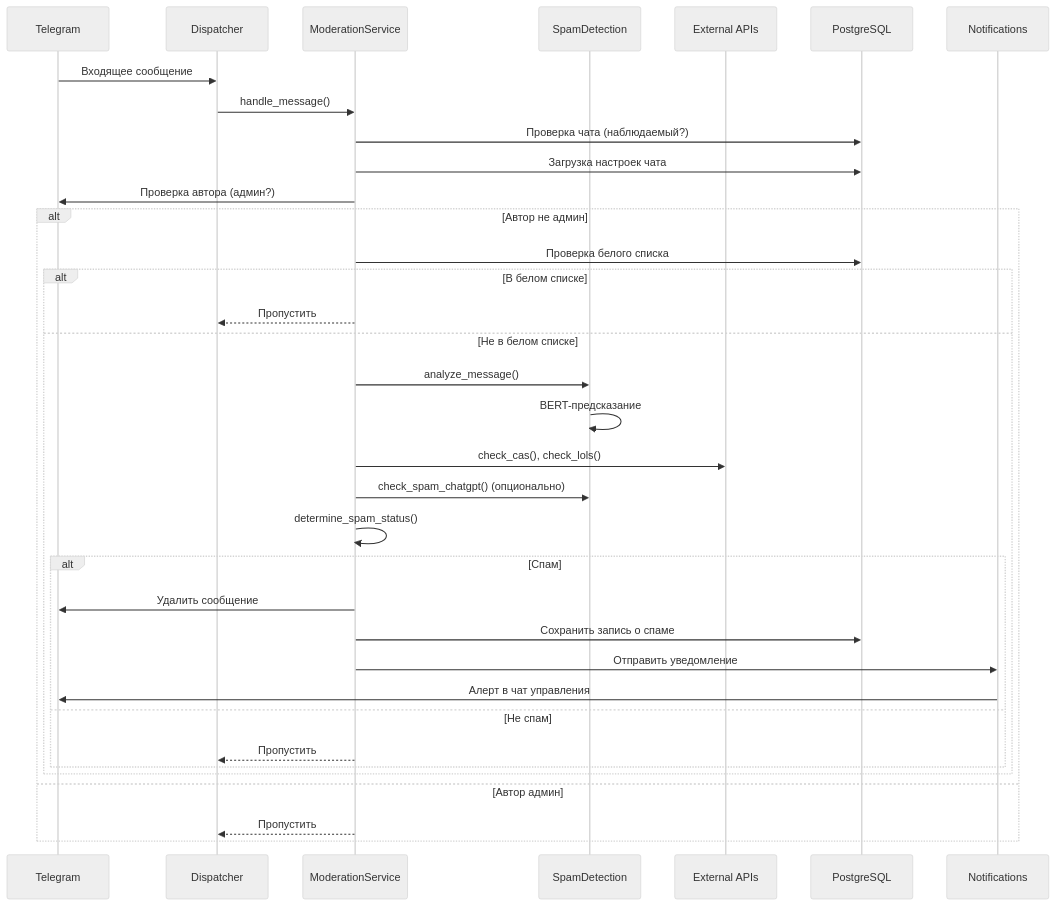
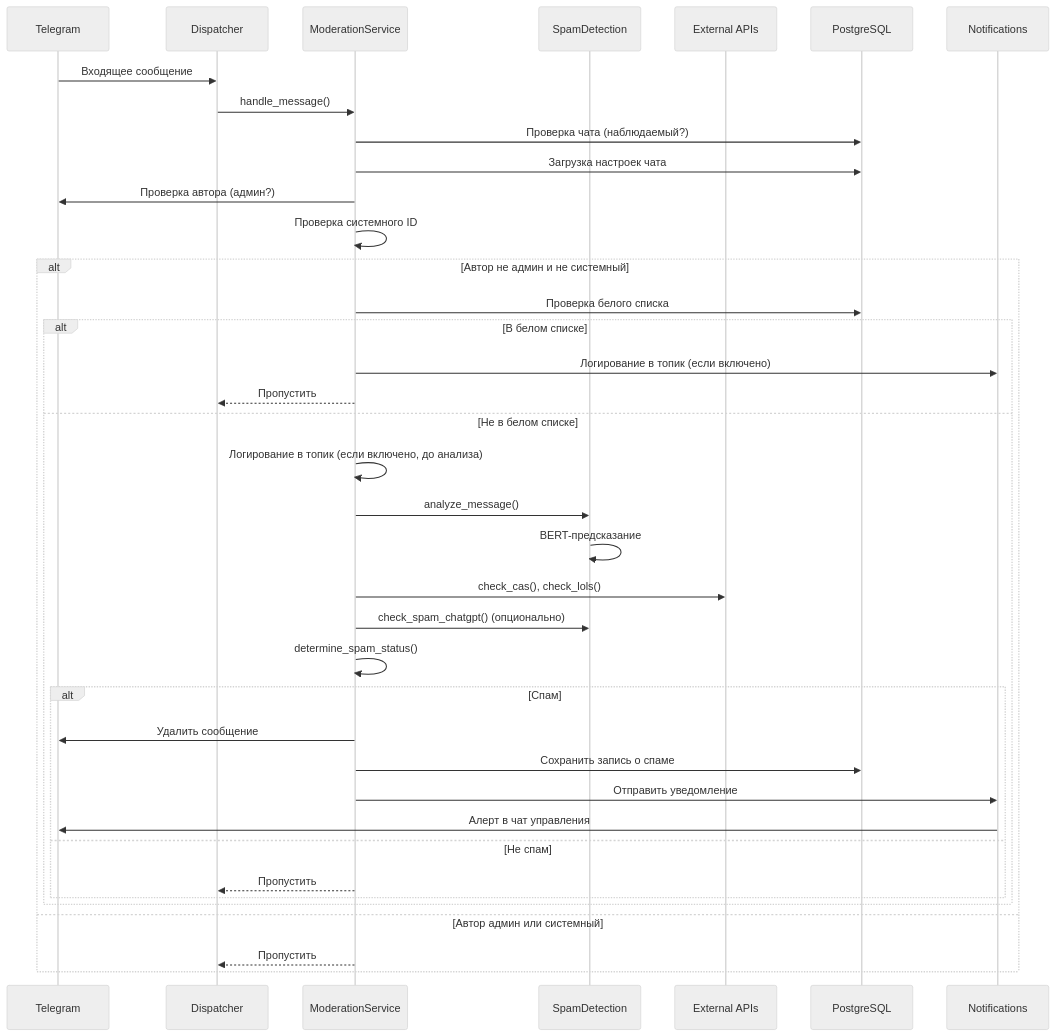
One commit to overklassniy/STANKIN_AntiSpam_Bot changed the second of 3 diagrams in .docs/architecture.md. Above: the diagram before and after it, drawn with Mermaid (neutral theme). The commit also changed 10 other files, not shown here.

Commit message:
Логирование в топик, вечный мьют, управление вайтлистом и сеть Docker

````diff
--- a/.docs/architecture.md
+++ b/.docs/architecture.md
@@ -92,40 +92,43 @@
 ```mermaid
 sequenceDiagram
     participant TG as Telegram
     participant DP as Dispatcher
     participant MOD as ModerationService
     participant SPAM as SpamDetection
     participant EXT as External APIs
     participant DB as PostgreSQL
     participant NOTIFY as Notifications
 
     TG->>DP: Входящее сообщение
     DP->>MOD: handle_message()
     MOD->>DB: Проверка чата (наблюдаемый?)
     MOD->>DB: Загрузка настроек чата
     MOD->>TG: Проверка автора (админ?)
+    MOD->>MOD: Проверка системного ID
 
-    alt Автор не админ
+    alt Автор не админ и не системный
         MOD->>DB: Проверка белого списка
         alt В белом списке
+            MOD->>NOTIFY: Логирование в топик (если включено)
             MOD-->>DP: Пропустить
         else Не в белом списке
+            MOD->>MOD: Логирование в топик (если включено, до анализа)
             MOD->>SPAM: analyze_message()
             SPAM->>SPAM: BERT-предсказание
             MOD->>EXT: check_cas(), check_lols()
             MOD->>SPAM: check_spam_chatgpt() (опционально)
             MOD->>MOD: determine_spam_status()
 
             alt Спам
                 MOD->>TG: Удалить сообщение
                 MOD->>DB: Сохранить запись о спаме
                 MOD->>NOTIFY: Отправить уведомление
                 NOTIFY->>TG: Алерт в чат управления
             else Не спам
                 MOD-->>DP: Пропустить
             end
         end
-    else Автор админ
+    else Автор админ или системный
         MOD-->>DP: Пропустить
     end
 ```
````
